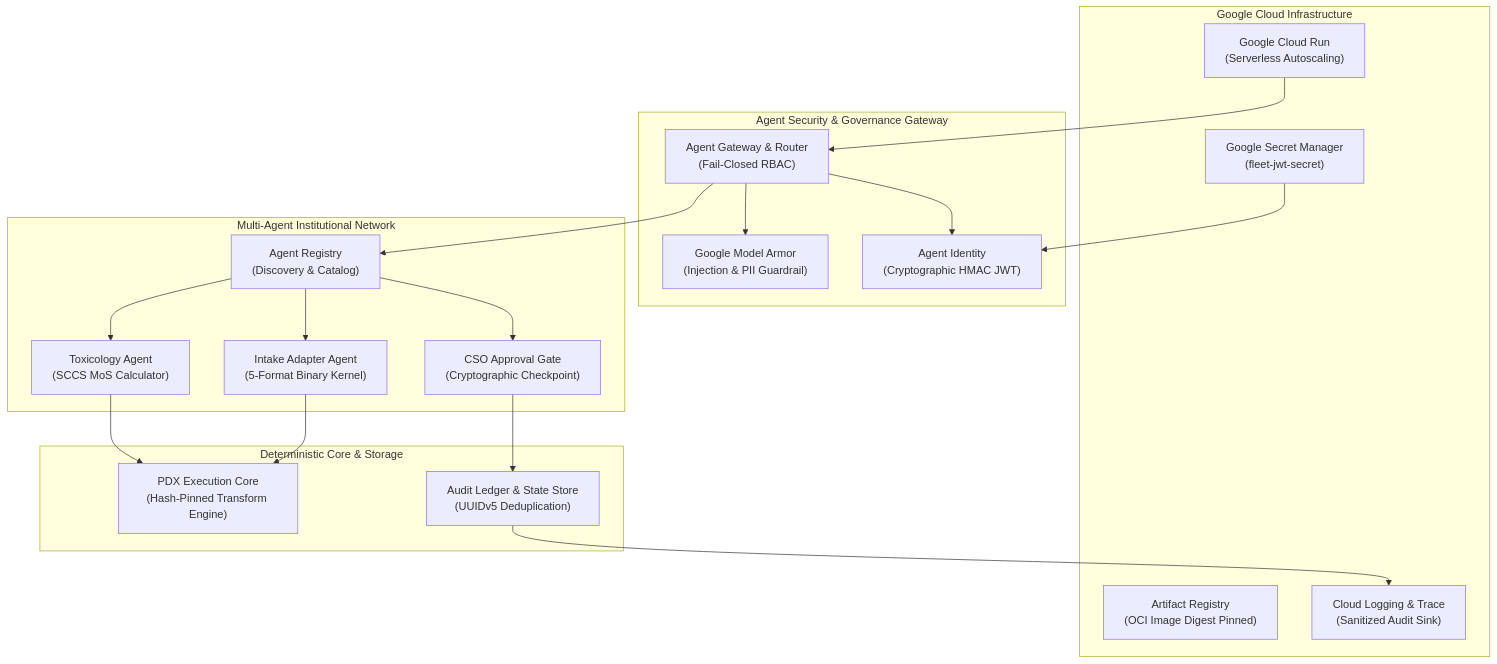
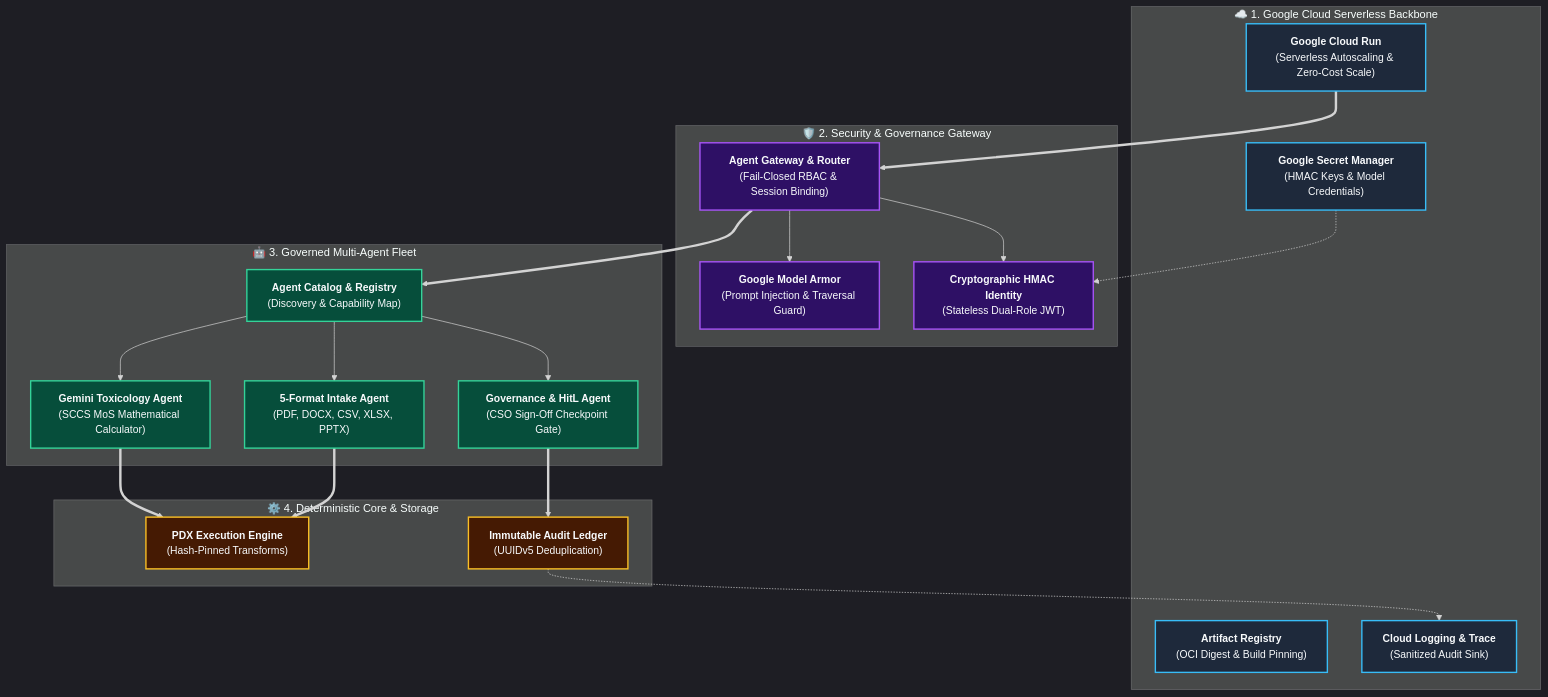
Before and after one commit to prodocux/fortifiedreg-fleet: the diagram in README.md, drawn with Mermaid. The commit also changed other lines of this file, not shown here.

Commit message:
docs: enlarge Mermaid architecture typography and detail institutional multi-agent fleet specialization

````diff
--- a/README.md
+++ b/README.md
@@ -62,40 +62,46 @@
 ```mermaid
-graph TD
-    subgraph "Google Cloud Infrastructure"
-        CR["Google Cloud Run<br>(Serverless Autoscaling)"]
-        SM["Google Secret Manager<br>(fleet-jwt-secret)"]
-        AR["Artifact Registry<br>(OCI Image Digest Pinned)"]
-        CL["Cloud Logging & Trace<br>(Sanitized Audit Sink)"]
+%%{init: {'theme': 'dark', 'themeVariables': { 'fontSize': '16px', 'fontFamily': 'Inter, system-ui, sans-serif', 'darkMode': true }}}%%
+flowchart TD
+    classDef gcp fill:#1e293b,stroke:#38bdf8,stroke-width:2px,color:#f8fafc,font-size:15px;
+    classDef sec fill:#2e1065,stroke:#a855f7,stroke-width:2px,color:#f8fafc,font-size:15px;
+    classDef agent fill:#064e3b,stroke:#34d399,stroke-width:2px,color:#f8fafc,font-size:15px;
+    classDef core fill:#451a03,stroke:#fbbf24,stroke-width:2px,color:#f8fafc,font-size:15px;
+
+    subgraph GCP ["  ☁️ 1. Google Cloud Serverless Backbone  "]
+        CR["<b>Google Cloud Run</b><br/>(Serverless Autoscaling & Zero-Cost Scale)"]:::gcp
+        SM["<b>Google Secret Manager</b><br/>(HMAC Keys & Model Credentials)"]:::gcp
+        AR["<b>Artifact Registry</b><br/>(OCI Digest & Build Pinning)"]:::gcp
+        CL["<b>Cloud Logging & Trace</b><br/>(Sanitized Audit Sink)"]:::gcp
     end
 
-    subgraph "Agent Security & Governance Gateway"
-        GW["Agent Gateway & Router<br>(Fail-Closed RBAC)"]
-        MA["Google Model Armor<br>(Injection & PII Guardrail)"]
-        ID["Agent Identity<br>(Cryptographic HMAC JWT)"]
+    subgraph SEC ["  🛡️ 2. Security & Governance Gateway  "]
+        GW["<b>Agent Gateway & Router</b><br/>(Fail-Closed RBAC & Session Binding)"]:::sec
+        MA["<b>Google Model Armor</b><br/>(Prompt Injection & Traversal Guard)"]:::sec
+        ID["<b>Cryptographic HMAC Identity</b><br/>(Stateless Dual-Role JWT)"]:::sec
     end
 
-    subgraph "Multi-Agent Institutional Network"
-        REG["Agent Registry<br>(Discovery & Catalog)"]
-        TOX["Toxicology Agent<br>(SCCS MoS Calculator)"]
-        INT["Intake Adapter Agent<br>(5-Format Binary Kernel)"]
-        HITL["CSO Approval Gate<br>(Cryptographic Checkpoint)"]
+    subgraph AGENTS ["  🤖 3. Governed Multi-Agent Fleet  "]
+        REG["<b>Agent Catalog & Registry</b><br/>(Discovery & Capability Map)"]:::agent
+        TOX["<b>Gemini Toxicology Agent</b><br/>(SCCS MoS Mathematical Calculator)"]:::agent
+        INT["<b>5-Format Intake Agent</b><br/>(PDF, DOCX, CSV, XLSX, PPTX)"]:::agent
+        HITL["<b>Governance & HitL Agent</b><br/>(CSO Sign-Off Checkpoint Gate)"]:::agent
     end
 
-    subgraph "Deterministic Core & Storage"
-        PDX["PDX Execution Core<br>(Hash-Pinned Transform Engine)"]
-        MEM["Audit Ledger & State Store<br>(UUIDv5 Deduplication)"]
+    subgraph CORE ["  ⚙️ 4. Deterministic Core & Storage  "]
+        PDX["<b>PDX Execution Engine</b><br/>(Hash-Pinned Transforms)"]:::core
+        MEM["<b>Immutable Audit Ledger</b><br/>(UUIDv5 Deduplication)"]:::core
     end
 
-    CR --> GW
+    CR ==> GW
     GW --> MA
     GW --> ID
-    GW --> REG
+    GW ==> REG
     REG --> TOX
     REG --> INT
     REG --> HITL
-    TOX --> PDX
-    INT --> PDX
-    HITL --> MEM
-    SM --> ID
-    MEM --> CL
+    TOX ==> PDX
+    INT ==> PDX
+    HITL ==> MEM
+    SM -.-> ID
+    MEM -.-> CL
 ```
````
